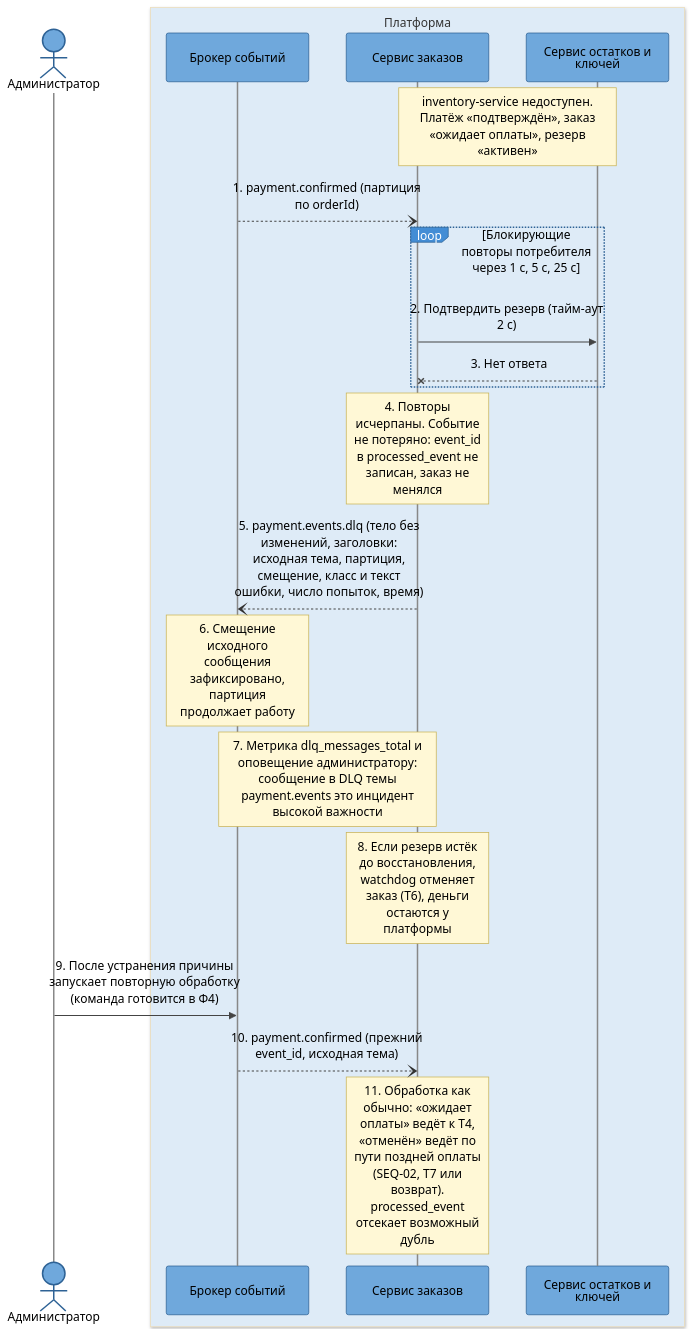
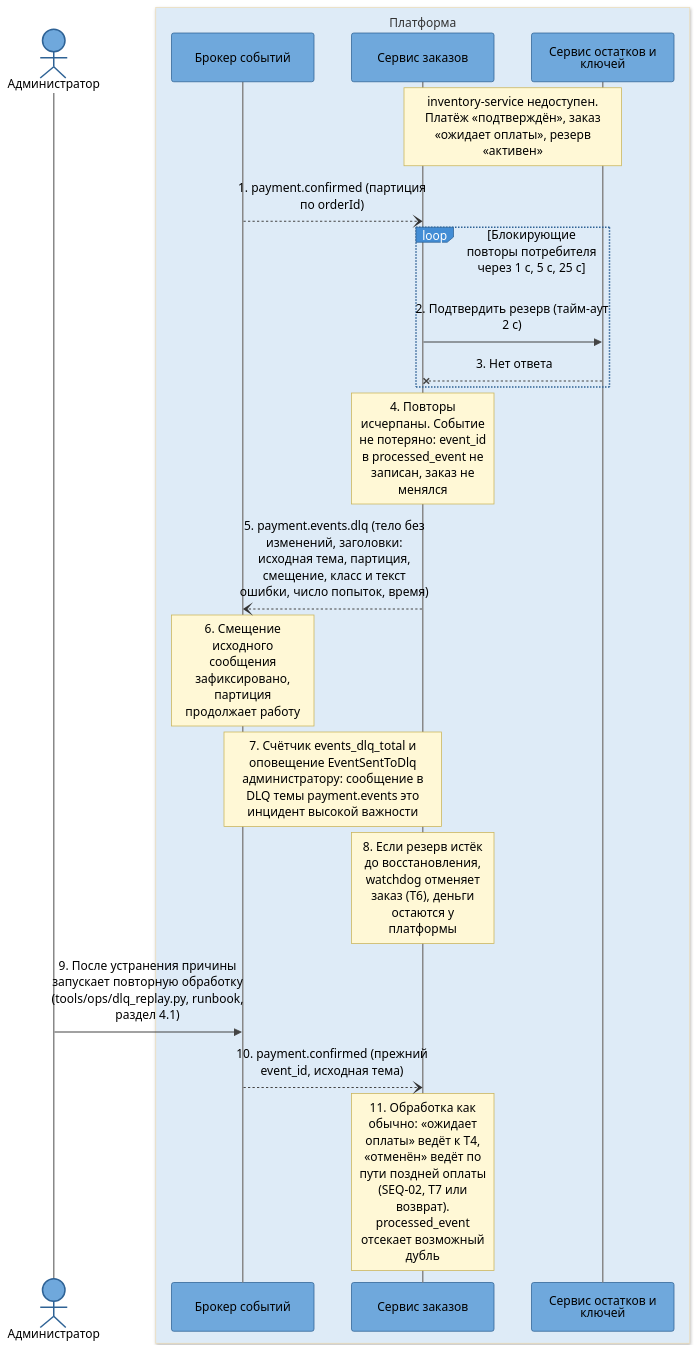
One commit to Lapin143/digital-goods-marketplace changed the third of 3 diagrams in docs/05-architecture/sequence-guaranteed-delivery.md. Above: the diagram before and after it, drawn with Mermaid. The commit also changed other lines of this file and 23 other files, not shown here.

First line of the commit message:
kit: тема .dlq с причиной, повторная обработка, runbook

````diff
--- a/docs/05-architecture/sequence-guaranteed-delivery.md
+++ b/docs/05-architecture/sequence-guaranteed-delivery.md
@@ -187,25 +187,25 @@
 ```mermaid
 %%{init: {"theme":"base","themeVariables":{"actorBkg":"#6fa8dc","actorTextColor":"#000000","actorBorder":"#2e6295","actorLineColor":"#888888","signalColor":"#444444","signalTextColor":"#000000","noteBkgColor":"#fff8d6","noteTextColor":"#000000","noteBorderColor":"#c9b458","loopTextColor":"#000000","labelBoxBkgColor":"#438dd5","labelTextColor":"#ffffff","labelBoxBorderColor":"#2e6295","activationBkgColor":"#d9e8f7","activationBorderColor":"#2e6295"},"sequence":{"mirrorActors":true,"wrap":true,"width":190,"messageMargin":32,"boxMargin":8,"noteMargin":8}}}%%
 sequenceDiagram
     actor admin as Администратор
     box rgb(222,235,247) Платформа
     participant kafka as Брокер событий
     participant order-service as Сервис заказов
     participant inventory-service as Сервис остатков и ключей
     end
 
     Note over order-service,inventory-service: inventory-service недоступен. Платёж «подтверждён», заказ «ожидает оплаты», резерв «активен»
     kafka --) order-service: 1. payment.confirmed (партиция по orderId)
     loop Блокирующие повторы потребителя через 1 с, 5 с, 25 с
         order-service ->> inventory-service: 2. Подтвердить резерв (тайм-аут 2 с)
         inventory-service --x order-service: 3. Нет ответа
     end
     Note over order-service: 4. Повторы исчерпаны. Событие не потеряно: event_id в processed_event не записан, заказ не менялся
     order-service --) kafka: 5. payment.events.dlq (тело без изменений, заголовки: исходная тема, партиция, смещение, класс и текст ошибки, число попыток, время)
     Note over kafka: 6. Смещение исходного сообщения зафиксировано, партиция продолжает работу
-    Note over order-service,kafka: 7. Метрика dlq_messages_total и оповещение администратору: сообщение в DLQ темы payment.events это инцидент высокой важности
+    Note over order-service,kafka: 7. Счётчик events_dlq_total и оповещение EventSentToDlq администратору: сообщение в DLQ темы payment.events это инцидент высокой важности
     Note over order-service: 8. Если резерв истёк до восстановления, watchdog отменяет заказ (T6), деньги остаются у платформы
-    admin ->> kafka: 9. После устранения причины запускает повторную обработку (команда готовится в Ф4)
+    admin ->> kafka: 9. После устранения причины запускает повторную обработку (tools/ops/dlq_replay.py, runbook, раздел 4.1)
     kafka --) order-service: 10. payment.confirmed (прежний event_id, исходная тема)
     Note over order-service: 11. Обработка как обычно: «ожидает оплаты» ведёт к T4, «отменён» ведёт по пути поздней оплаты (SEQ-02, T7 или возврат). processed_event отсекает возможный дубль
 ```
````
